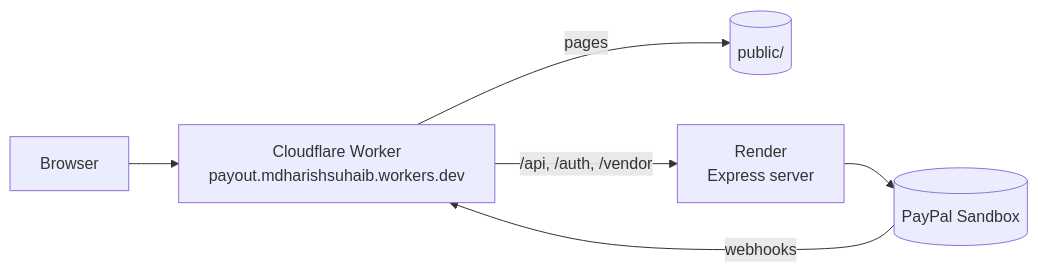
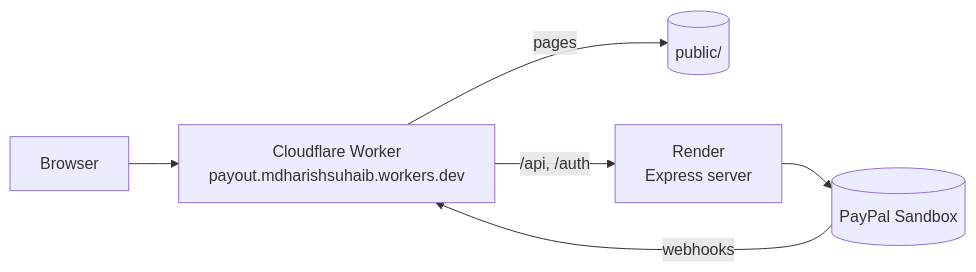
The third of 3 diagrams in README.md (mdharishsuhaib/PayOut), drawn with Mermaid before and after one commit. The commit also changed other lines of this file and 13 other files, not shown here.

````diff
--- a/README.md
+++ b/README.md
@@ -508,8 +535,8 @@
 ```mermaid
 flowchart LR
     B["Browser"] --> W["Cloudflare Worker<br/>payout.mdharishsuhaib.workers.dev"]
     W -- "pages" --> A[("public/")]
-    W -- "/api, /auth, /vendor" --> R["Render<br/>Express server"]
+    W -- "/api, /auth" --> R["Render<br/>Express server"]
     R --> P[("PayPal Sandbox")]
     P -- "webhooks" --> W
 ```
````
